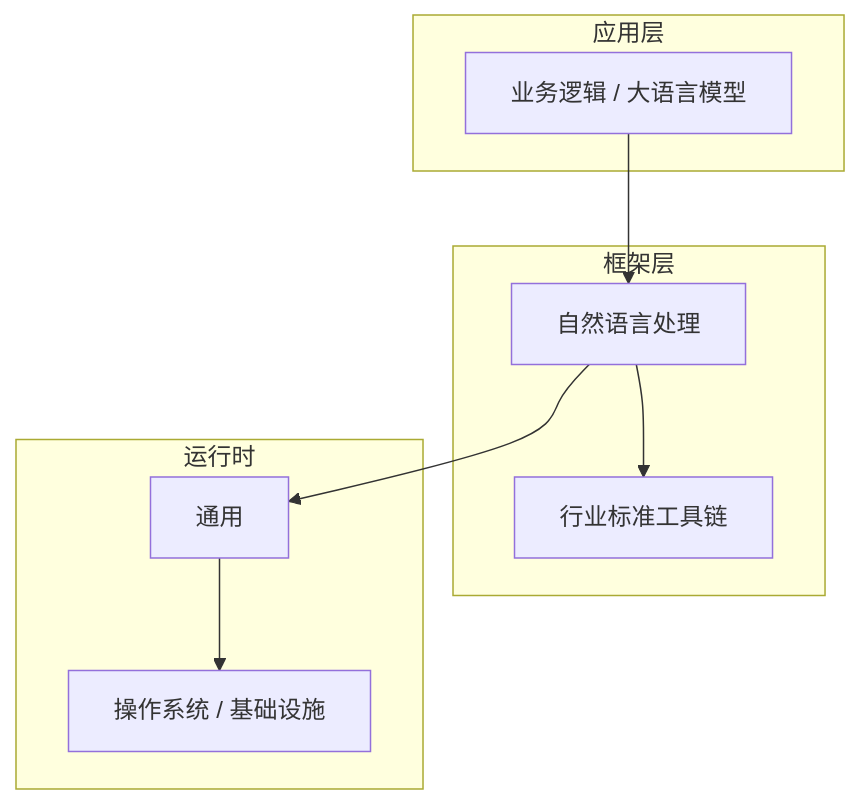
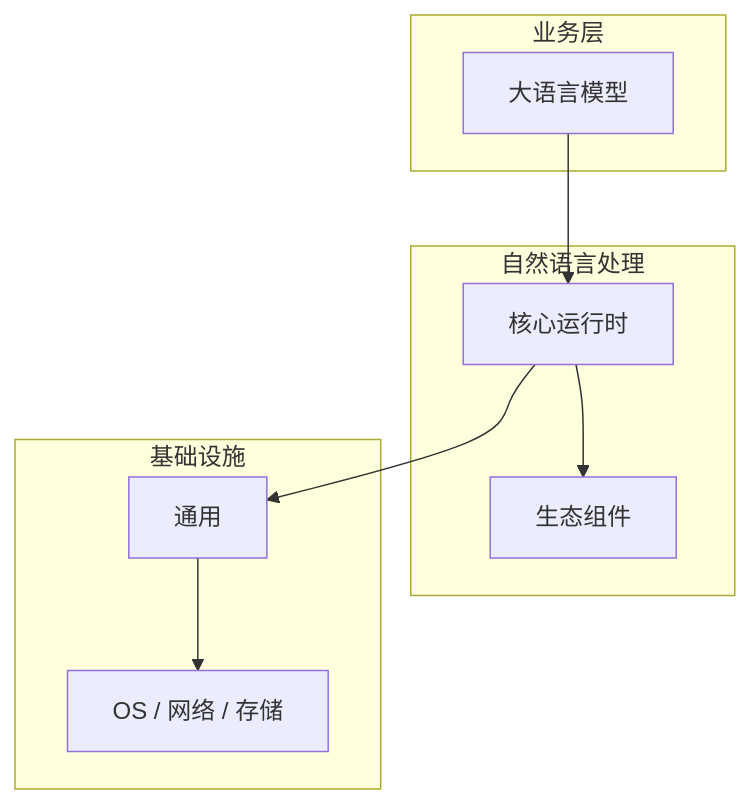
Before and after one commit to yanggan2015/knowledge-json-v2: the diagram in articles/自然语言处理/chapters/091-大语言模型核心概念与原理.md, drawn with Mermaid. The commit also changed other lines of this file and 10127 other files, not shown here.

````diff
--- a/articles/自然语言处理/chapters/091-大语言模型核心概念与原理.md
+++ b/articles/自然语言处理/chapters/091-大语言模型核心概念与原理.md
@@ -45,18 +30,18 @@
 ```mermaid
 graph TB
-    subgraph 应用层
-        A[业务逻辑 / 大语言模型]
+    subgraph 业务层
+        A[大语言模型]
     end
-    subgraph 框架层
-        B[自然语言处理]
-        C[行业标准工具链]
+    subgraph 自然语言处理
+        B[核心运行时]
+        C[生态组件]
     end
-    subgraph 运行时
+    subgraph 基础设施
         D[通用]
-        E[操作系统 / 基础设施]
+        E[OS / 网络 / 存储]
     end
     A --> B
     B --> C
     B --> D
     D --> E
 ```
````
